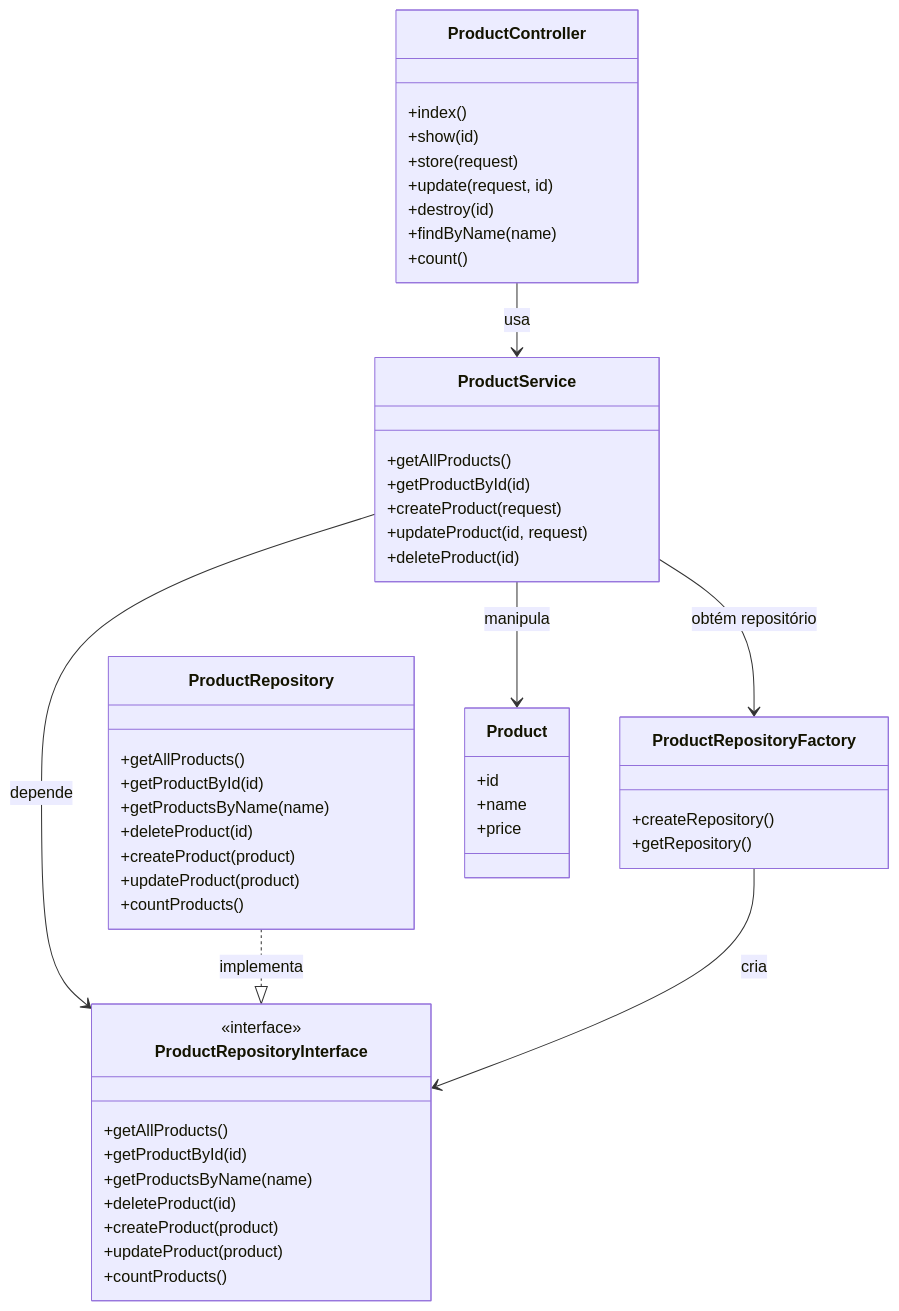
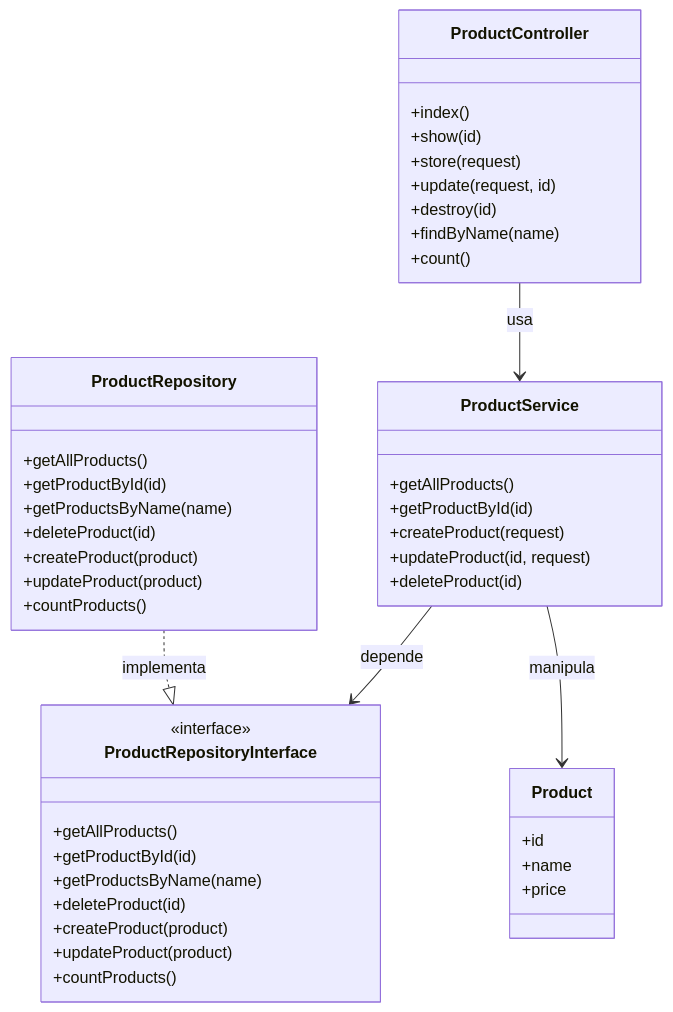
Before and after one commit to nandokruger/product-api: the diagram in README.md, drawn with Mermaid.

````diff
--- a/README.md
+++ b/README.md
@@ -96,60 +96,52 @@
 ```mermaid
 classDiagram
     class ProductController {
         +index()
         +show(id)
         +store(request)
         +update(request, id)
         +destroy(id)
         +findByName(name)
         +count()
     }
     
     class ProductService {
         +getAllProducts()
         +getProductById(id)
         +createProduct(request)
         +updateProduct(id, request)
         +deleteProduct(id)
     }
     
     class ProductRepositoryInterface {
         <<interface>>
         +getAllProducts()
         +getProductById(id)
         +getProductsByName(name)
         +deleteProduct(id)
         +createProduct(product)
         +updateProduct(product)
         +countProducts()
     }
     
     class ProductRepository {
         +getAllProducts()
         +getProductById(id)
         +getProductsByName(name)
         +deleteProduct(id)
         +createProduct(product)
         +updateProduct(product)
         +countProducts()
     }
     
-    class ProductRepositoryFactory {
-        +createRepository()
-        +getRepository()
-    }
-    
     class Product {
         +id
         +name
         +price
     }
     
     ProductController --> ProductService : usa
     ProductService --> ProductRepositoryInterface : depende
     ProductService --> Product : manipula
     ProductRepository ..|> ProductRepositoryInterface : implementa
-    ProductRepositoryFactory --> ProductRepositoryInterface : cria
-    ProductService --> ProductRepositoryFactory : obtém repositório
-
 ```
````
